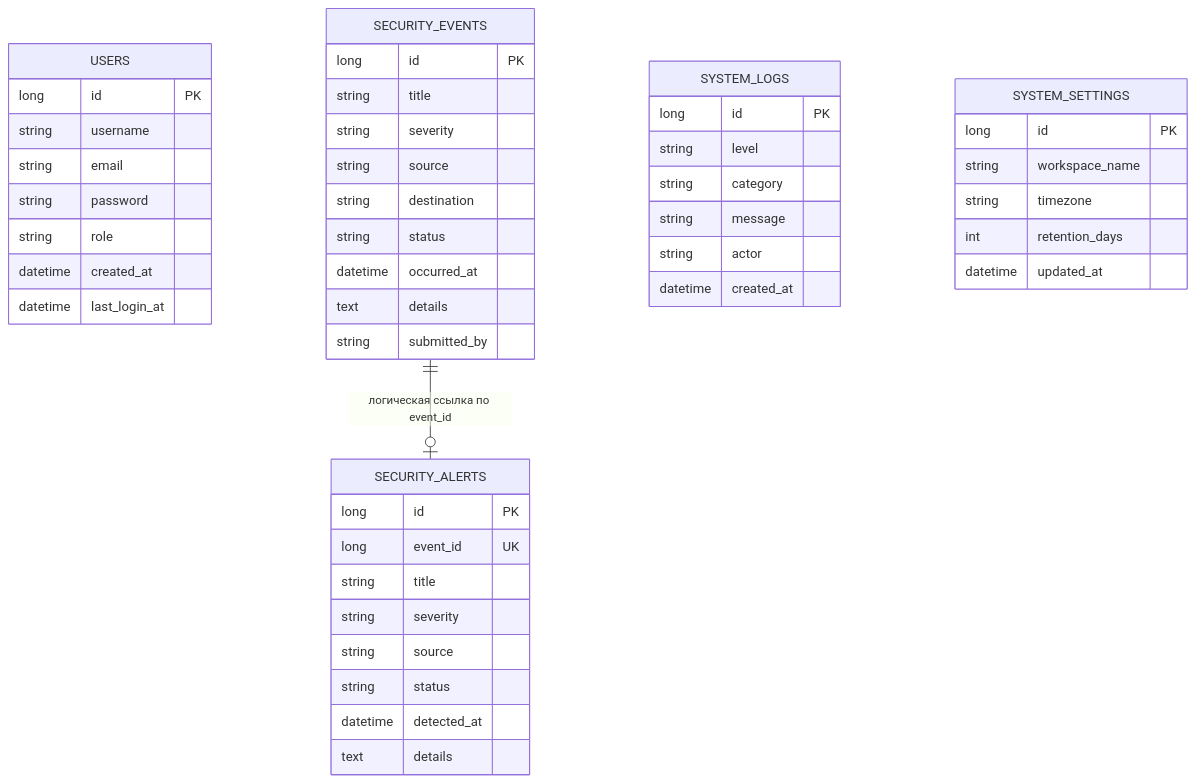
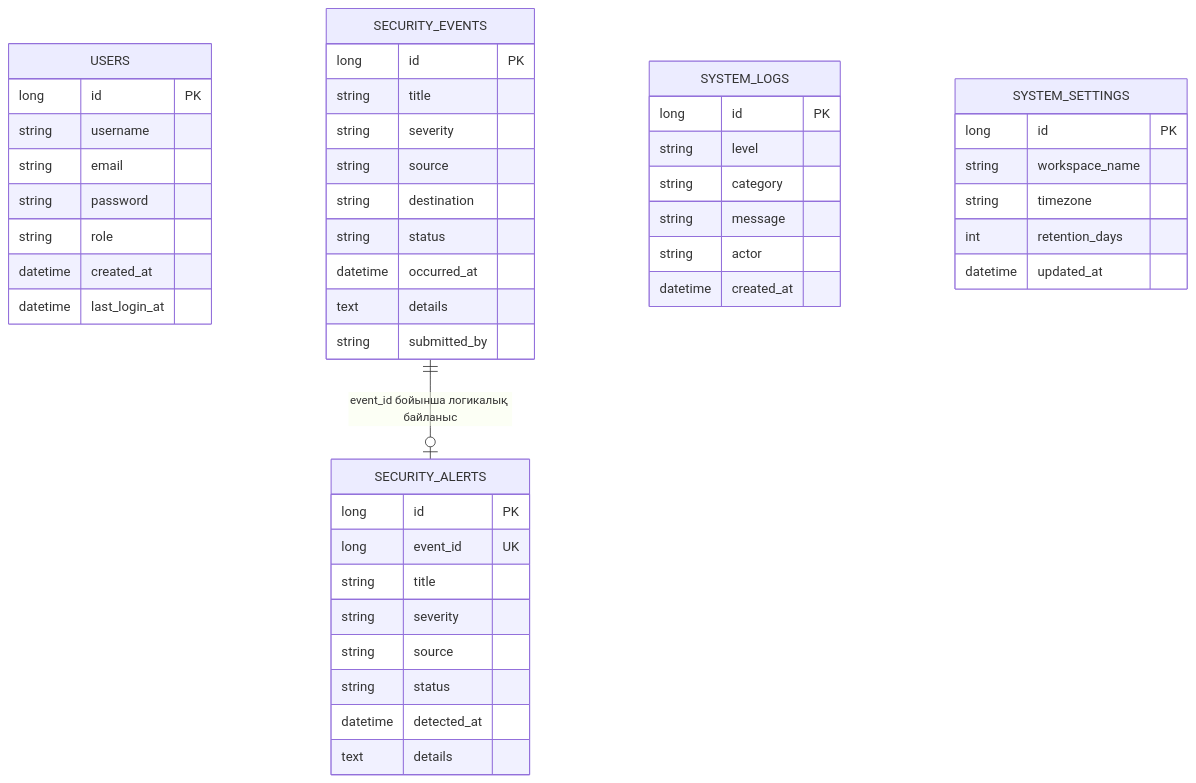
One commit to FURIA-Team/-SIEM changed the fourth of 4 diagrams in README.md. Above: the diagram before and after it, drawn with Mermaid. The commit also changed other lines of this file, not shown here.

````diff
--- a/README.md
+++ b/README.md
@@ -188,49 +186,49 @@
 ```mermaid
 erDiagram
     USERS {
       long id PK
       string username
       string email
       string password
       string role
       datetime created_at
       datetime last_login_at
     }
     SECURITY_EVENTS {
       long id PK
       string title
       string severity
       string source
       string destination
       string status
       datetime occurred_at
       text details
       string submitted_by
     }
     SECURITY_ALERTS {
       long id PK
       long event_id UK
       string title
       string severity
       string source
       string status
       datetime detected_at
       text details
     }
     SYSTEM_LOGS {
       long id PK
       string level
       string category
       string message
       string actor
       datetime created_at
     }
     SYSTEM_SETTINGS {
       long id PK
       string workspace_name
       string timezone
       int retention_days
       datetime updated_at
     }
-    SECURITY_EVENTS ||--o| SECURITY_ALERTS : "логическая ссылка по event_id"
+    SECURITY_EVENTS ||--o| SECURITY_ALERTS : "event_id бойынша логикалық байланыс"
 ```
````
